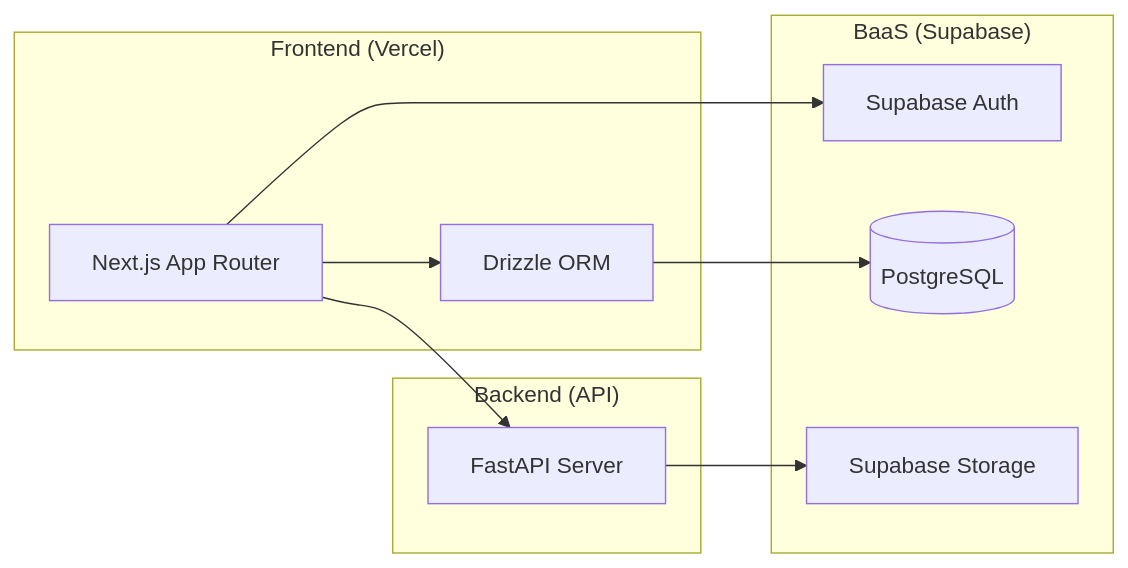
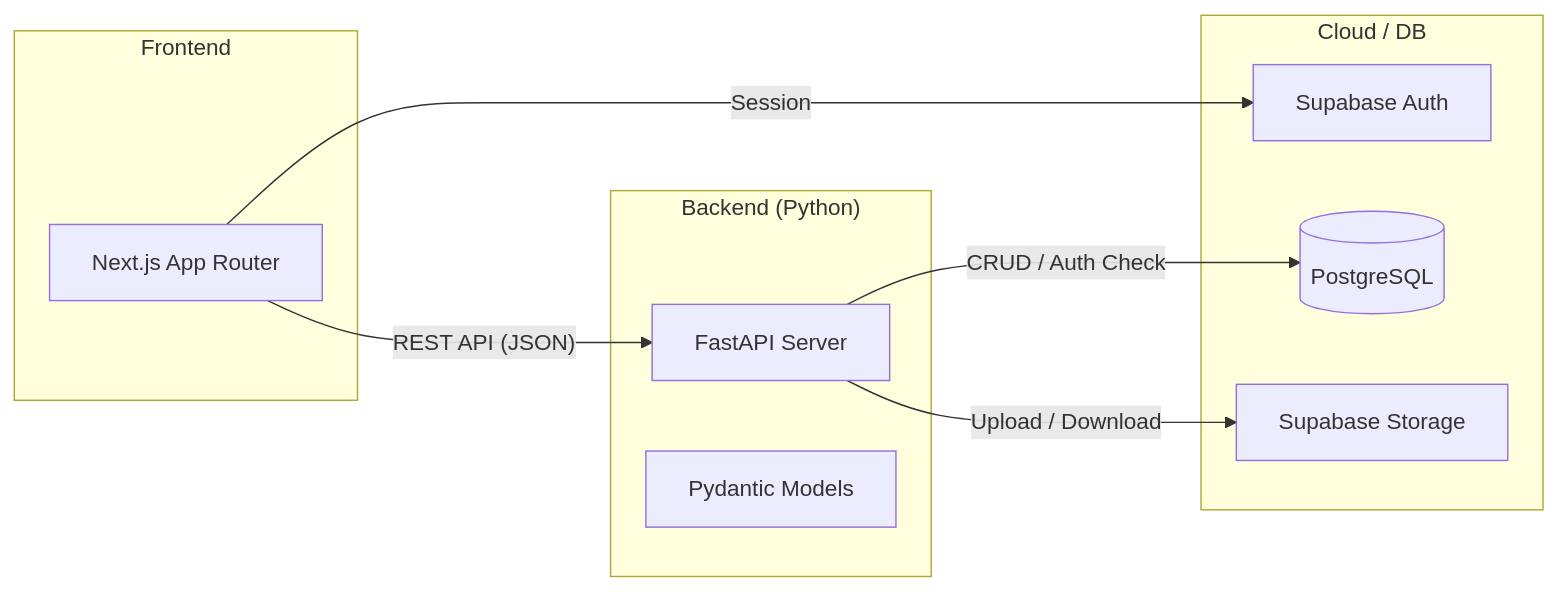
One commit to takeshi-cyugun/cosetton changed the diagram in README.md. Above: the diagram before and after it, drawn with Mermaid. The commit also changed other lines of this file, not shown here.

Commit message:
Readmeブラッシュアップ

````diff
--- a/README.md
+++ b/README.md
@@ -23,23 +24,22 @@
 ```mermaid
 graph LR
-    subgraph "Frontend (Vercel)"
+    subgraph "Frontend"
         NextJS[Next.js App Router]
-        Drizzle[Drizzle ORM]
     end
 
-    subgraph "Backend (API)"
+    subgraph "Backend (Python)"
         FastAPI[FastAPI Server]
+        Pydantic[Pydantic Models]
     end
 
-    subgraph "BaaS (Supabase)"
+    subgraph "Cloud / DB"
         Auth[Supabase Auth]
         DB[(PostgreSQL)]
         Storage[Supabase Storage]
     end
 
-    NextJS --> Auth
-    NextJS --> Drizzle
-    Drizzle --> DB
-    NextJS --> FastAPI
-    FastAPI --> Storage
+    NextJS -- "REST API (JSON)" --> FastAPI
+    FastAPI -- "CRUD / Auth Check" --> DB
+    FastAPI -- "Upload / Download" --> Storage
+    NextJS -- "Session" --> Auth
 ```
````
